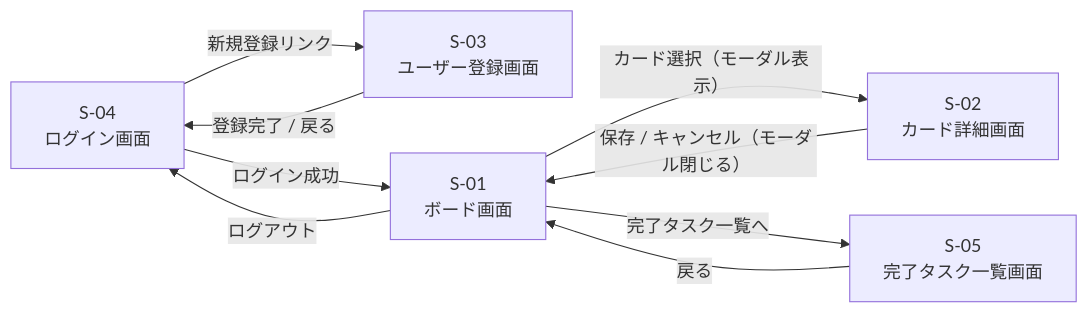
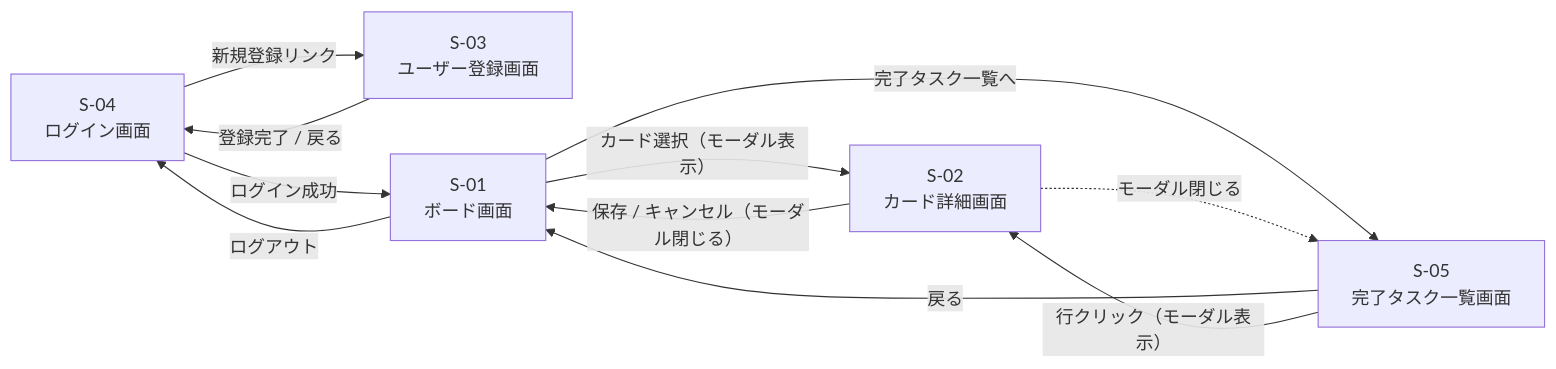
The third of 9 diagrams in docs/requirements.md (yamamotonaoki3/TaskManagement), drawn with Mermaid before and after one commit. The commit also changed other lines of this file, not shown here.

````diff
--- a/docs/requirements.md
+++ b/docs/requirements.md
@@ -215,17 +215,19 @@
 ```mermaid
 flowchart LR
     S04[S-04<br/>ログイン画面]
     S03[S-03<br/>ユーザー登録画面]
     S01[S-01<br/>ボード画面]
     S02[S-02<br/>カード詳細画面]
     S05[S-05<br/>完了タスク一覧画面]
 
     S04 -- 新規登録リンク --> S03
     S03 -- 登録完了 / 戻る --> S04
     S04 -- ログイン成功 --> S01
     S01 -- ログアウト --> S04
     S01 -- カード選択（モーダル表示） --> S02
     S02 -- 保存 / キャンセル（モーダル閉じる） --> S01
     S01 -- 完了タスク一覧へ --> S05
     S05 -- 戻る --> S01
+    S05 -- 行クリック（モーダル表示） --> S02
+    S02 -. モーダル閉じる .-> S05
 ```
````
